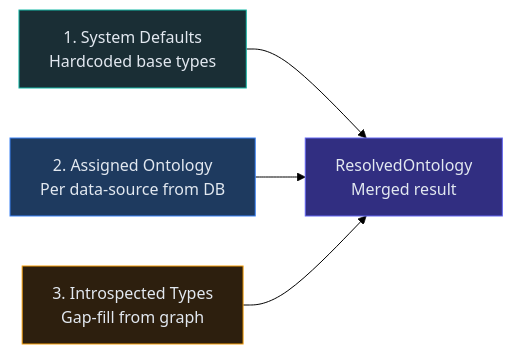
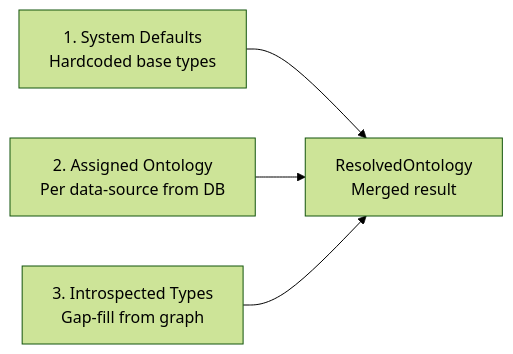
Before and after one commit to rkrumins/dataviz: the fifth of 8 diagrams in docs/BACKEND.md, drawn with Mermaid (forest theme). The commit also changed other lines of this file and 46 other files, not shown here.

````diff
--- a/docs/BACKEND.md
+++ b/docs/BACKEND.md
@@ -328,16 +320,12 @@
 ```mermaid
 graph LR
     SD["1. System Defaults<br/>Hardcoded base types"]
     AO["2. Assigned Ontology<br/>Per data-source from DB"]
     IT["3. Introspected Types<br/>Gap-fill from graph"]
     RO["ResolvedOntology<br/>Merged result"]
 
     SD --> RO
     AO --> RO
     IT --> RO
 
-    style SD fill:#1a2e35,stroke:#14b8a6,color:#e2e8f0
-    style AO fill:#1e3a5f,stroke:#3b82f6,color:#e2e8f0
-    style IT fill:#2d1f0e,stroke:#f59e0b,color:#e2e8f0
-    style RO fill:#312e81,stroke:#6366f1,color:#e2e8f0
 ```
````
